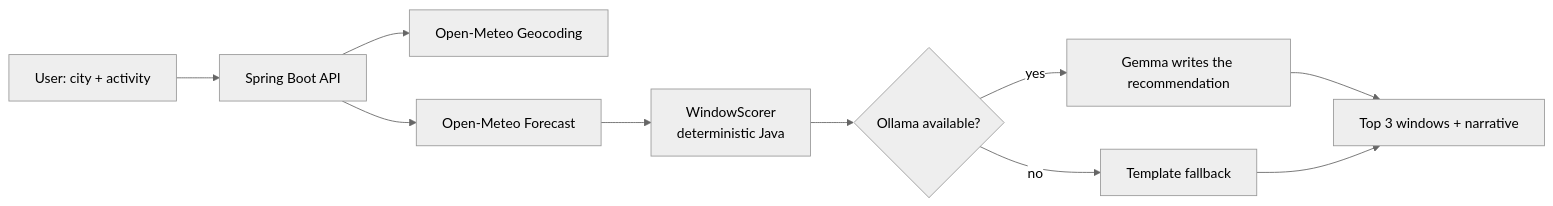
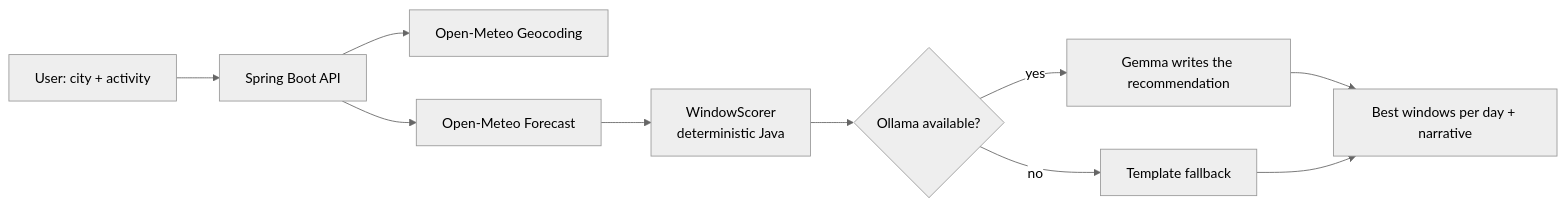
The diagram in README.md (mauricioandrade/janela), drawn with Mermaid (neutral theme) before and after one commit. The commit also changed other lines of this file and 1 other file, not shown here.

Commit message:
docs: describe the per-day share of windows

````diff
--- a/README.md
+++ b/README.md
@@ -31,12 +31,12 @@
 ```mermaid
 flowchart LR
     U[User: city + activity] --> API[Spring Boot API]
     API --> G[Open-Meteo Geocoding]
     API --> F[Open-Meteo Forecast]
     F --> S[WindowScorer<br/>deterministic Java]
     S --> N{Ollama available?}
     N -- yes --> M[Gemma writes the recommendation]
     N -- no --> T[Template fallback]
-    M --> R[Top 3 windows + narrative]
+    M --> R[Best windows per day + narrative]
     T --> R
 ```
````
